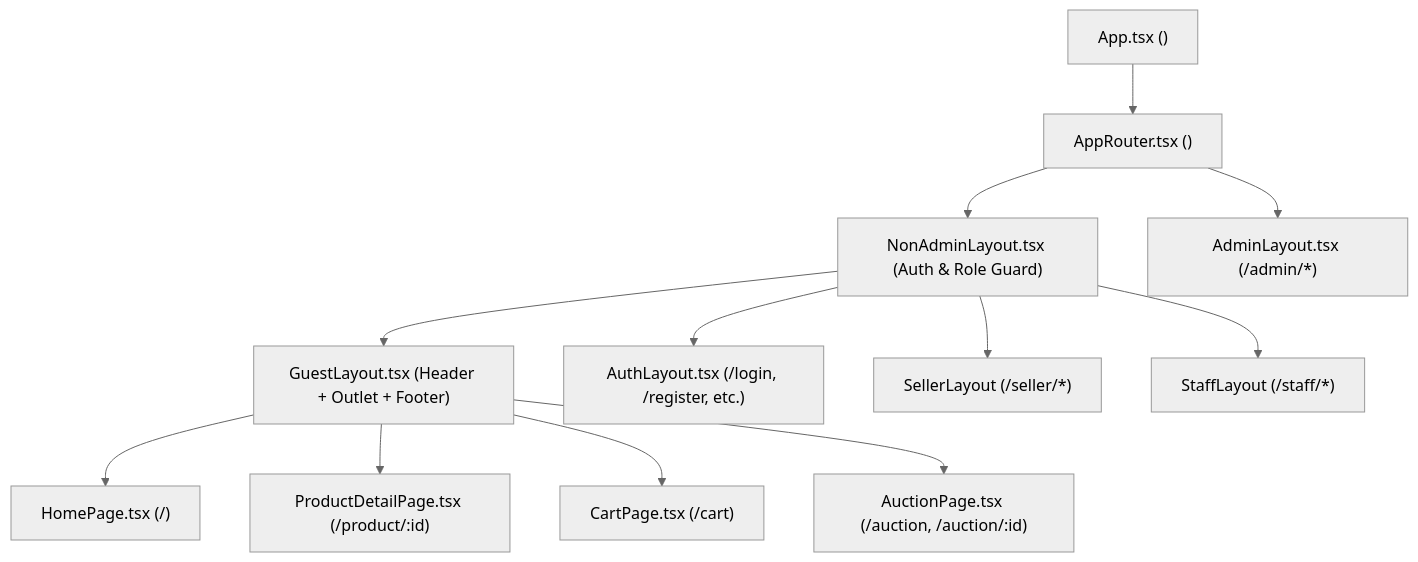
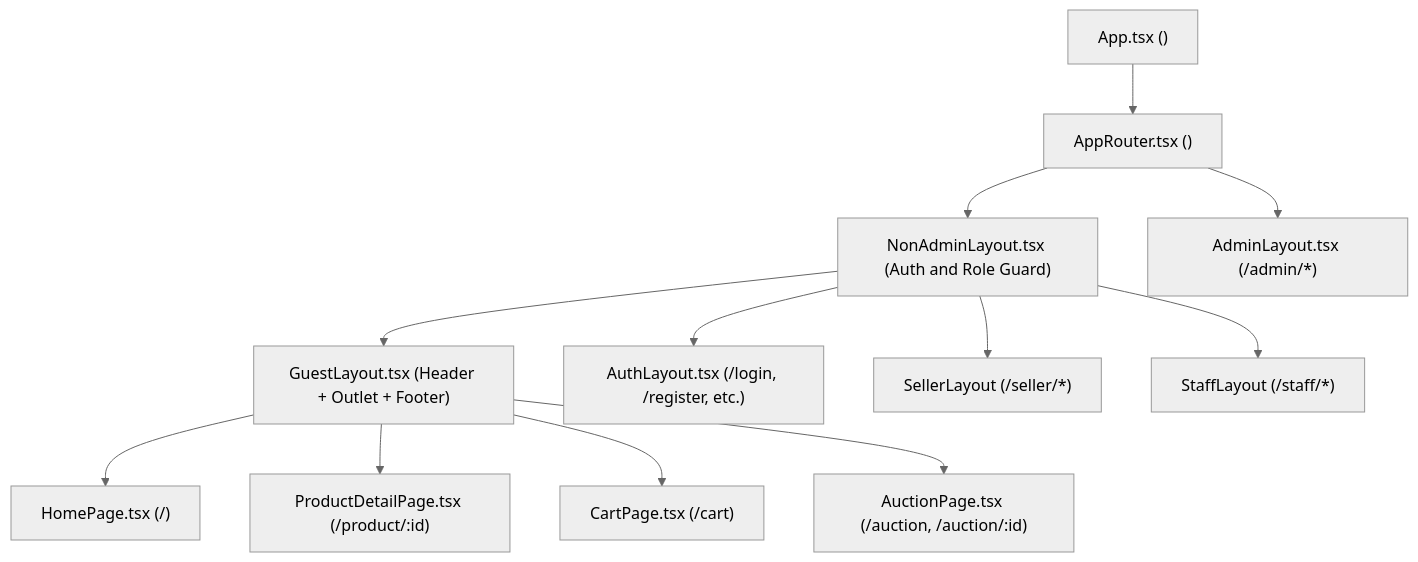
One commit to MinhPhuc00ne/project-nexus changed the diagram in docs/frontend/UI_SPECIFICATION.md. Above: the diagram before and after it, drawn with Mermaid (neutral theme). The commit also changed other lines of this file and 9 other files, not shown here.

````diff
--- a/docs/frontend/UI_SPECIFICATION.md
+++ b/docs/frontend/UI_SPECIFICATION.md
@@ -27,17 +27,17 @@
 ```mermaid
 flowchart TD
     App["App.tsx (<AuthProvider>)"] --> AppRouter["AppRouter.tsx (<BrowserRouter>)"]
 
-    AppRouter --> NonAdminLayout["NonAdminLayout.tsx (Auth & Role Guard)"]
+    AppRouter --> NonAdminLayout["NonAdminLayout.tsx (Auth and Role Guard)"]
     AppRouter --> AdminLayout["AdminLayout.tsx (/admin/*)"]
 
     NonAdminLayout --> GuestLayout["GuestLayout.tsx (Header + Outlet + Footer)"]
     NonAdminLayout --> AuthLayout["AuthLayout.tsx (/login, /register, etc.)"]
     NonAdminLayout --> SellerSession["SellerLayout (/seller/*)"]
     NonAdminLayout --> StaffSession["StaffLayout (/staff/*)"]
 
     GuestLayout --> HomePage["HomePage.tsx (/)"]
     GuestLayout --> ProductDetailPage["ProductDetailPage.tsx (/product/:id)"]
     GuestLayout --> CartPage["CartPage.tsx (/cart)"]
     GuestLayout --> AuctionPage["AuctionPage.tsx (/auction, /auction/:id)"]
 ```
````
